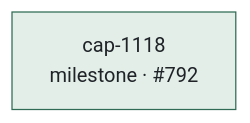
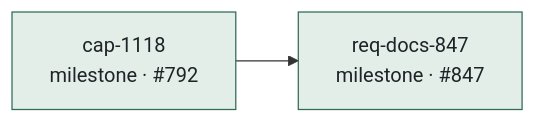
Before and after one commit to lagowski/ClaudeAutoPM: the diagram in README.md, drawn with Mermaid. The commit also changed other lines of this file, not shown here.

Commit message:
docs(readme): delivery section after run 1231 was promoted (#2541)

````diff
--- a/README.md
+++ b/README.md
@@ -255,7 +255,9 @@
 ```mermaid
 flowchart LR
   R498["cap-1118<br/>milestone · #792"]
+  R1231["req-docs-847<br/>milestone · #847"]
+  R498 --> R1231
   classDef done fill:#E2EEE7,stroke:#2F6B55,color:#1F2328;
   classDef now fill:#F5EAD3,stroke:#8A5A0B,color:#1F2328;
-  class R498 done;
+  class R498,R1231 done;
 ```
````
